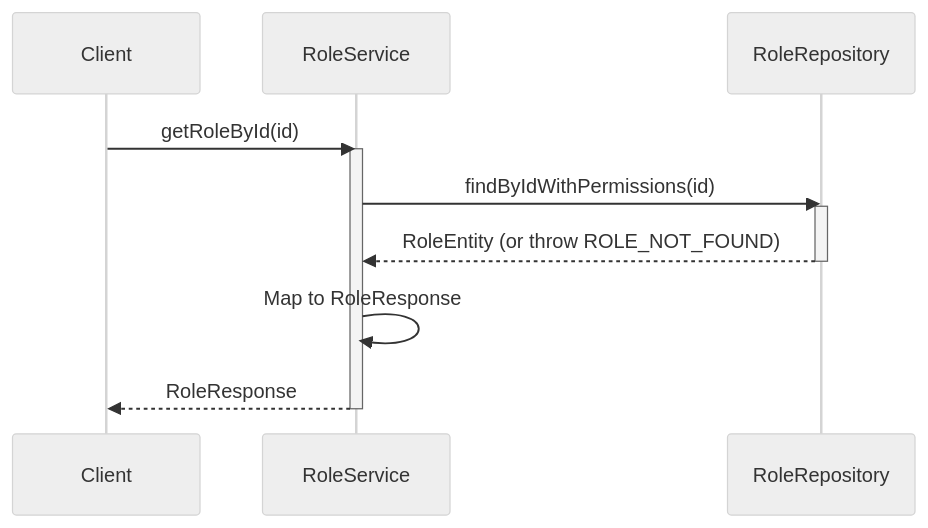
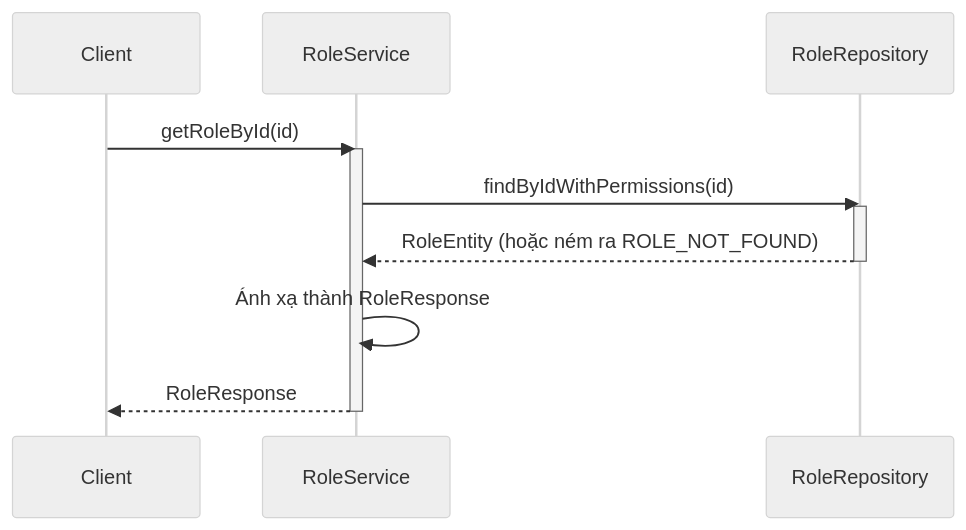
Before and after one commit to aquoc09/easymall: the sixth of 9 diagrams in .agent/sequence/rbac_services_sequence_diagrams.md, drawn with Mermaid (neutral theme). The commit also changed other lines of this file and 18 other files, not shown here.

Commit message:
UPDATE: Sequence diagram vietnamese

````diff
--- a/.agent/sequence/rbac_services_sequence_diagrams.md
+++ b/.agent/sequence/rbac_services_sequence_diagrams.md
@@ -148,19 +148,19 @@
 ```mermaid
 sequenceDiagram
     participant Client
     participant RoleService
     participant RoleRepository
 
     Client->>RoleService: getRoleById(id)
     activate RoleService
 
     RoleService->>RoleRepository: findByIdWithPermissions(id)
     activate RoleRepository
-    RoleRepository-->>RoleService: RoleEntity (or throw ROLE_NOT_FOUND)
+    RoleRepository-->>RoleService: RoleEntity (hoặc ném ra ROLE_NOT_FOUND)
     deactivate RoleRepository
 
-    RoleService->>RoleService: Map to RoleResponse
+    RoleService->>RoleService: Ánh xạ thành RoleResponse
     
     RoleService-->>Client: RoleResponse
     deactivate RoleService
 ```
````
